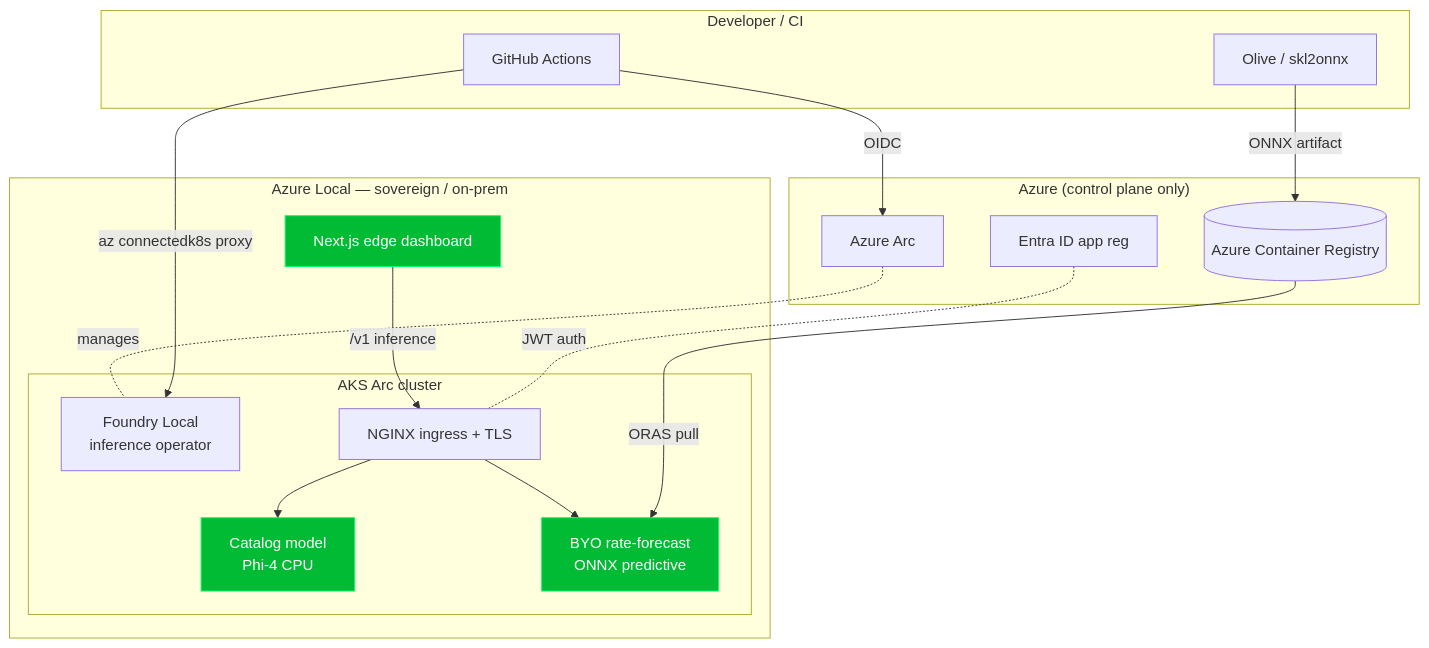
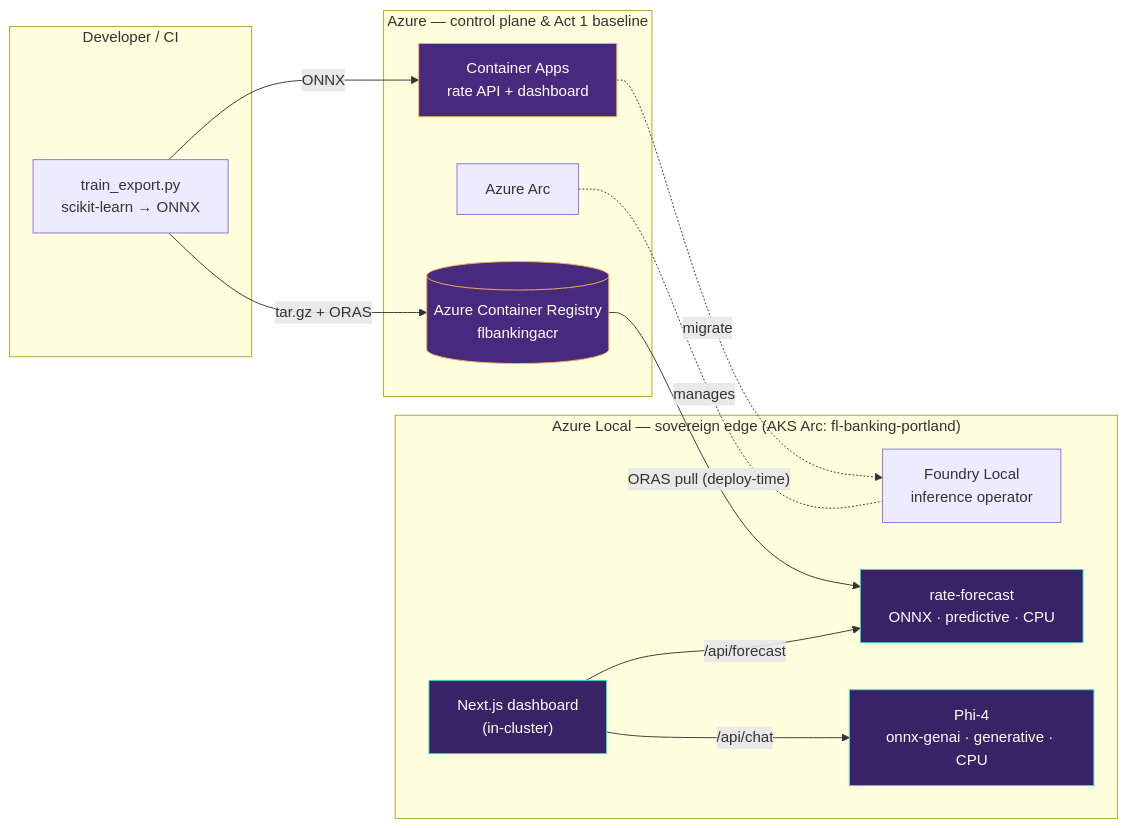
The diagram in README.md (smitzlroy/FoundryLocal-Banking), drawn with Mermaid before and after one commit. The commit also changed other lines of this file, not shown here.

Commit message:
Rewrite README for the three-act sovereign demo (as-built, verified)

````diff
--- a/README.md
+++ b/README.md
@@ -27,36 +43,32 @@
 ```mermaid
-flowchart TB
-    subgraph Dev["Developer / CI"]
-        GH[GitHub Actions]
-        OL[Olive / skl2onnx]
+flowchart LR
+    subgraph dev["Developer / CI"]
+        TRAIN["train_export.py<br/>scikit-learn → ONNX"]
     end
 
-    subgraph Cloud["Azure (control plane only)"]
-        ACR[(Azure Container Registry)]
-        ARC[Azure Arc]
-        ENTRA[Entra ID app reg]
+    subgraph azure["Azure — control plane &amp; Act 1 baseline"]
+        ACA["Container Apps<br/>rate API + dashboard"]
+        ACR[("Azure Container Registry<br/>flbankingacr")]
+        ARC["Azure Arc"]
     end
 
-    subgraph Local["Azure Local — sovereign / on-prem"]
-        subgraph AKS["AKS Arc cluster"]
-            OP[Foundry Local\ninference operator]
-            CAT[Catalog model\nPhi-4 CPU]
-            BYO[BYO rate-forecast\nONNX predictive]
-            ING[NGINX ingress + TLS]
-        end
-        APP[Next.js edge dashboard]
+    subgraph local["Azure Local — sovereign edge (AKS Arc: fl-banking-portland)"]
+        OP["Foundry Local<br/>inference operator"]
+        BYO["rate-forecast<br/>ONNX · predictive · CPU"]
+        PHI["Phi-4<br/>onnx-genai · generative · CPU"]
+        UI["Next.js dashboard<br/>(in-cluster)"]
     end
 
-    OL -->|ONNX artifact| ACR
-    GH -->|OIDC| ARC
-    GH -->|az connectedk8s proxy| OP
-    ACR -->|ORAS pull| BYO
+    TRAIN -->|ONNX| ACA
+    TRAIN -->|"tar.gz + ORAS"| ACR
+    ACA -.->|migrate| OP
+    ACR -->|"ORAS pull (deploy-time)"| BYO
     ARC -. manages .- OP
-    ENTRA -. JWT auth .- ING
-    APP -->|/v1 inference| ING
-    ING --> BYO
-    ING --> CAT
+    UI -->|/api/forecast| BYO
+    UI -->|/api/chat| PHI
 
-    classDef edge fill:#0b3,stroke:#0f6,color:#fff;
-    class BYO,CAT,APP edge;
+    classDef edge fill:#3a2266,stroke:#38e0c4,color:#fff;
+    classDef cloud fill:#472a7e,stroke:#ffb454,color:#fff;
+    class BYO,PHI,UI edge;
+    class ACA,ACR cloud;
 ```
````
